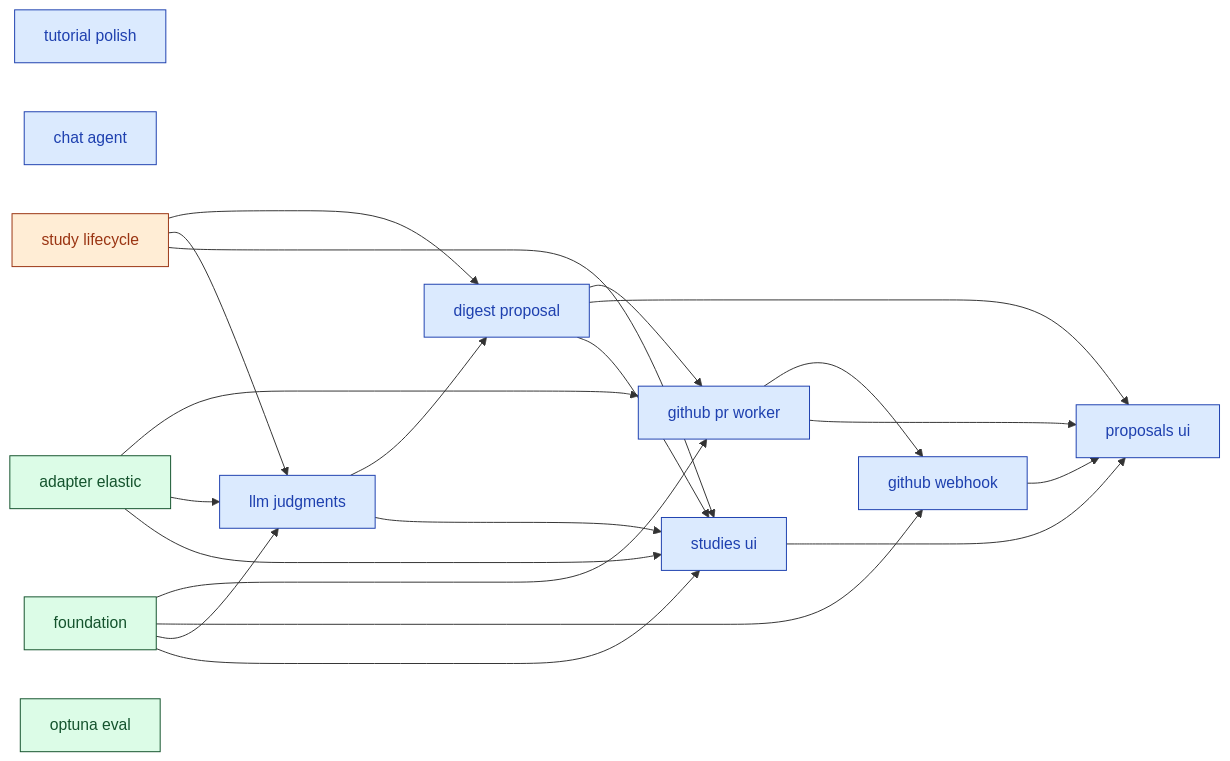
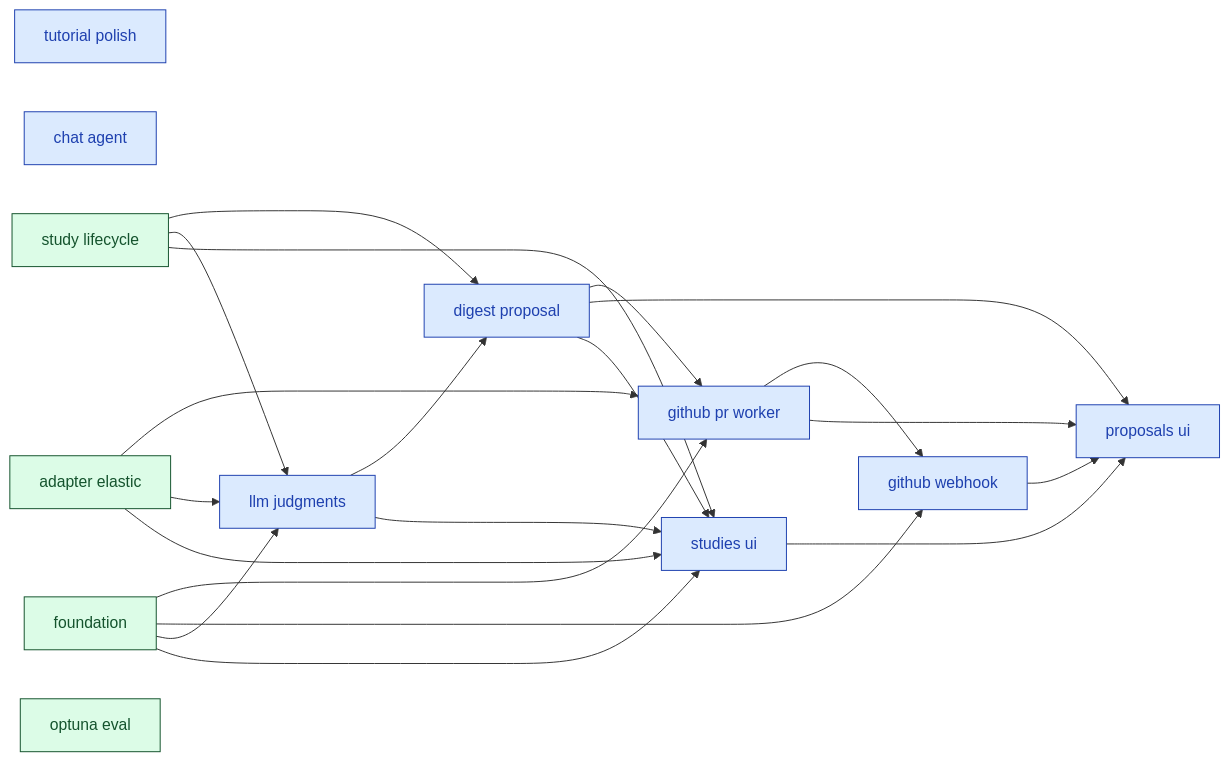
Before and after one commit to SoundMindsAI/relyloop: the diagram in docs/00_overview/MVP1_DASHBOARD.md, drawn with Mermaid. The commit also changed other lines of this file and 8 other files, not shown here.

First line of the commit message:
docs: archive feat_study_lifecycle Phase 2 (PR #25 merged) (#26)

````diff
--- a/docs/00_overview/MVP1_DASHBOARD.md
+++ b/docs/00_overview/MVP1_DASHBOARD.md
@@ -71,51 +70,51 @@
 ```mermaid
 graph LR
   classDef done fill:#dcfce7,stroke:#14532d,color:#14532d;
   classDef implement fill:#ffedd5,stroke:#9a3412,color:#9a3412;
   classDef plan fill:#fef9c3,stroke:#854d0e,color:#854d0e;
   classDef spec fill:#dbeafe,stroke:#1e40af,color:#1e40af;
   classDef idea fill:#f1f5f9,stroke:#334155,color:#334155;
   chore_tutorial_polish["tutorial polish"]
   class chore_tutorial_polish spec;
   feat_chat_agent["chat agent"]
   class feat_chat_agent spec;
   feat_digest_proposal["digest proposal"]
   class feat_digest_proposal spec;
   feat_github_pr_worker["github pr worker"]
   class feat_github_pr_worker spec;
   feat_github_webhook["github webhook"]
   class feat_github_webhook spec;
   feat_llm_judgments["llm judgments"]
   class feat_llm_judgments spec;
   feat_proposals_ui["proposals ui"]
   class feat_proposals_ui spec;
   feat_studies_ui["studies ui"]
   class feat_studies_ui spec;
-  feat_study_lifecycle["study lifecycle"]
-  class feat_study_lifecycle implement;
   infra_foundation["foundation"]
   class infra_foundation done;
+  feat_study_lifecycle["study lifecycle"]
+  class feat_study_lifecycle done;
   infra_adapter_elastic["adapter elastic"]
   class infra_adapter_elastic done;
   infra_optuna_eval["optuna eval"]
   class infra_optuna_eval done;
   feat_study_lifecycle --> feat_digest_proposal
   feat_llm_judgments --> feat_digest_proposal
   infra_foundation --> feat_github_pr_worker
   infra_adapter_elastic --> feat_github_pr_worker
   feat_digest_proposal --> feat_github_pr_worker
   infra_foundation --> feat_github_webhook
   feat_github_pr_worker --> feat_github_webhook
   infra_foundation --> feat_llm_judgments
   infra_adapter_elastic --> feat_llm_judgments
   feat_study_lifecycle --> feat_llm_judgments
   feat_studies_ui --> feat_proposals_ui
   feat_digest_proposal --> feat_proposals_ui
   feat_github_pr_worker --> feat_proposals_ui
   feat_github_webhook --> feat_proposals_ui
   infra_foundation --> feat_studies_ui
   feat_study_lifecycle --> feat_studies_ui
   feat_digest_proposal --> feat_studies_ui
   feat_llm_judgments --> feat_studies_ui
   infra_adapter_elastic --> feat_studies_ui
 ```
````
